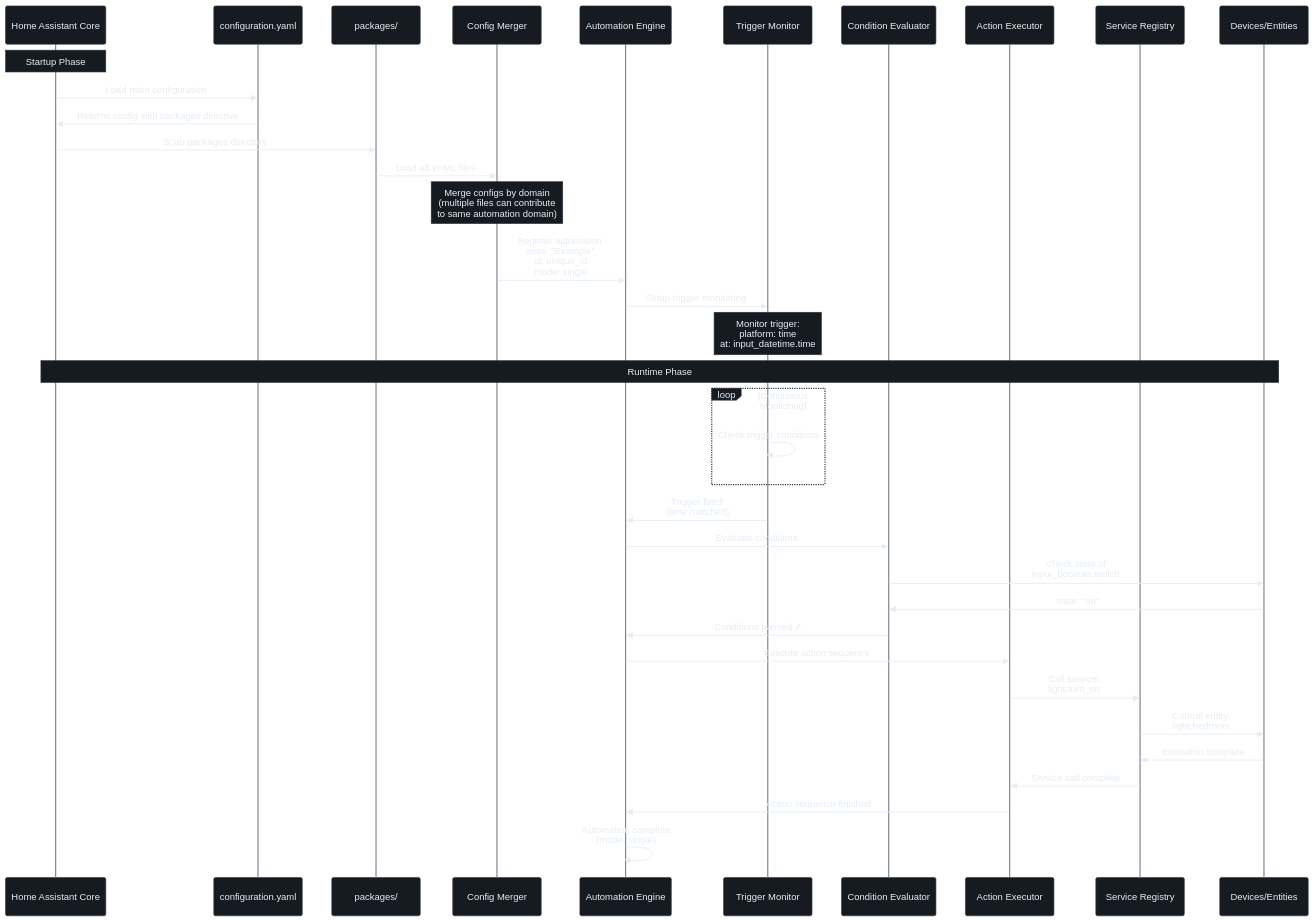
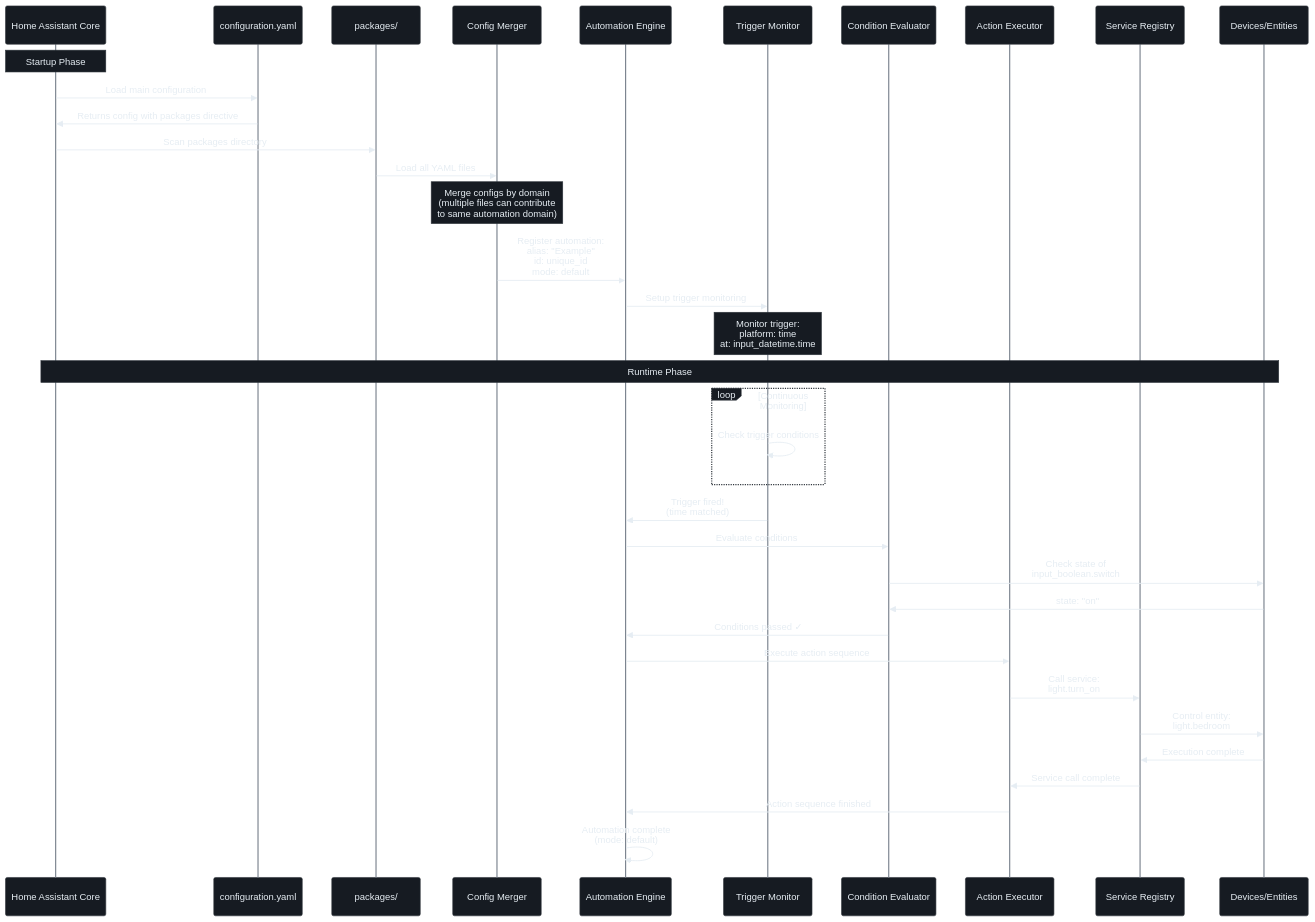
One commit to anoblet/home-assistant changed the third of 4 diagrams in docs/automations.md. Above: the diagram before and after it, drawn with Mermaid. The commit also changed other lines of this file and 4 other files, not shown here.

````diff
--- a/docs/automations.md
+++ b/docs/automations.md
@@ -382,43 +387,43 @@
 ```mermaid
 %%{init: {"theme": "base", "themeVariables": {"primaryColor": "#161b22", "primaryTextColor": "#e6edf3", "primaryBorderColor": "#30363d", "lineColor": "#7d8590", "secondaryColor": "#0d1117", "tertiaryColor": "#010409", "background": "#0d1117", "mainBkg": "#161b22", "secondBkg": "#0d1117", "tertiaryBkg": "#010409", "textColor": "#e6edf3", "border1": "#30363d", "border2": "#21262d", "arrowheadColor": "#7d8590", "fontFamily": "ui-monospace, SFMono-Regular, SF Mono, Menlo, Consolas, Liberation Mono, monospace", "fontSize": "14px", "nodeBorder": "#30363d", "clusterBkg": "#161b22", "clusterBorder": "#30363d", "defaultLinkColor": "#7d8590", "titleColor": "#e6edf3", "edgeLabelBackground": "#161b22", "nodeTextColor": "#e6edf3", "actorBkg": "#161b22", "actorBorder": "#30363d", "actorTextColor": "#e6edf3", "actorLineColor": "#7d8590", "signalColor": "#e6edf3", "signalTextColor": "#e6edf3", "labelBoxBkgColor": "#161b22", "labelBoxBorderColor": "#30363d", "labelTextColor": "#e6edf3", "loopTextColor": "#e6edf3", "noteBorderColor": "#30363d", "noteBkgColor": "#161b22", "noteTextColor": "#e6edf3", "activationBorderColor": "#30363d", "activationBkgColor": "#0d1117", "sequenceNumberColor": "#e6edf3"}}}%%
 sequenceDiagram
     participant HA as Home Assistant Core
     participant Config as configuration.yaml
     participant Packages as packages/
     participant Merger as Config Merger
     participant AutoEngine as Automation Engine
     participant Monitor as Trigger Monitor
     participant Eval as Condition Evaluator
     participant Executor as Action Executor
     participant Services as Service Registry
     participant Device as Devices/Entities
 
     Note over HA: Startup Phase
     HA->>Config: Load main configuration
     Config->>HA: Returns config with packages directive
     HA->>Packages: Scan packages directory
     Packages->>Merger: Load all YAML files
     Note over Merger: Merge configs by domain<br/>(multiple files can contribute<br/>to same automation domain)
-    Merger->>AutoEngine: Register automation:<br/>alias: "Example"<br/>id: unique_id<br/>mode: single
+    Merger->>AutoEngine: Register automation:<br/>alias: "Example"<br/>id: unique_id<br/>mode: default
     AutoEngine->>Monitor: Setup trigger monitoring
     Note over Monitor: Monitor trigger:<br/>platform: time<br/>at: input_datetime.time
 
     Note over HA,Device: Runtime Phase
     loop Continuous Monitoring
         Monitor->>Monitor: Check trigger conditions
     end
-    
+
     Monitor->>AutoEngine: Trigger fired!<br/>(time matched)
     AutoEngine->>Eval: Evaluate conditions
     Eval->>Device: Check state of<br/>input_boolean.switch
     Device->>Eval: state: "on"
     Eval->>AutoEngine: Conditions passed ✓
-    
+
     AutoEngine->>Executor: Execute action sequence
     Executor->>Services: Call service:<br/>light.turn_on
     Services->>Device: Control entity:<br/>light.bedroom
     Device->>Services: Execution complete
     Services->>Executor: Service call complete
     Executor->>AutoEngine: Action sequence finished
-    AutoEngine->>AutoEngine: Automation complete<br/>(mode: single)
+    AutoEngine->>AutoEngine: Automation complete<br/>(mode: default)
 ```
````
